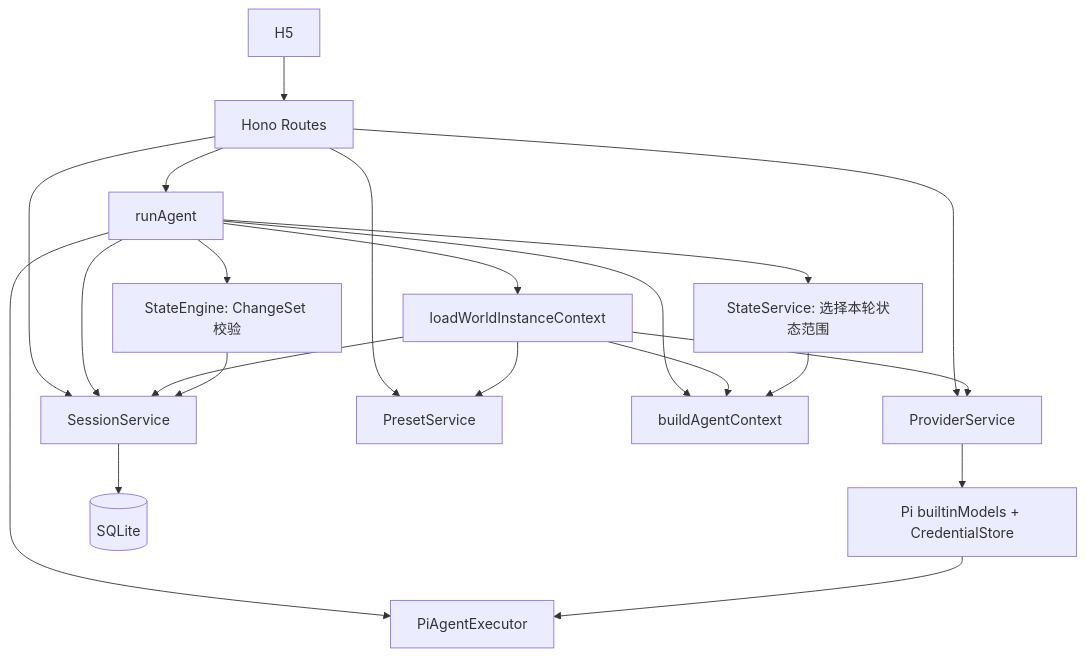
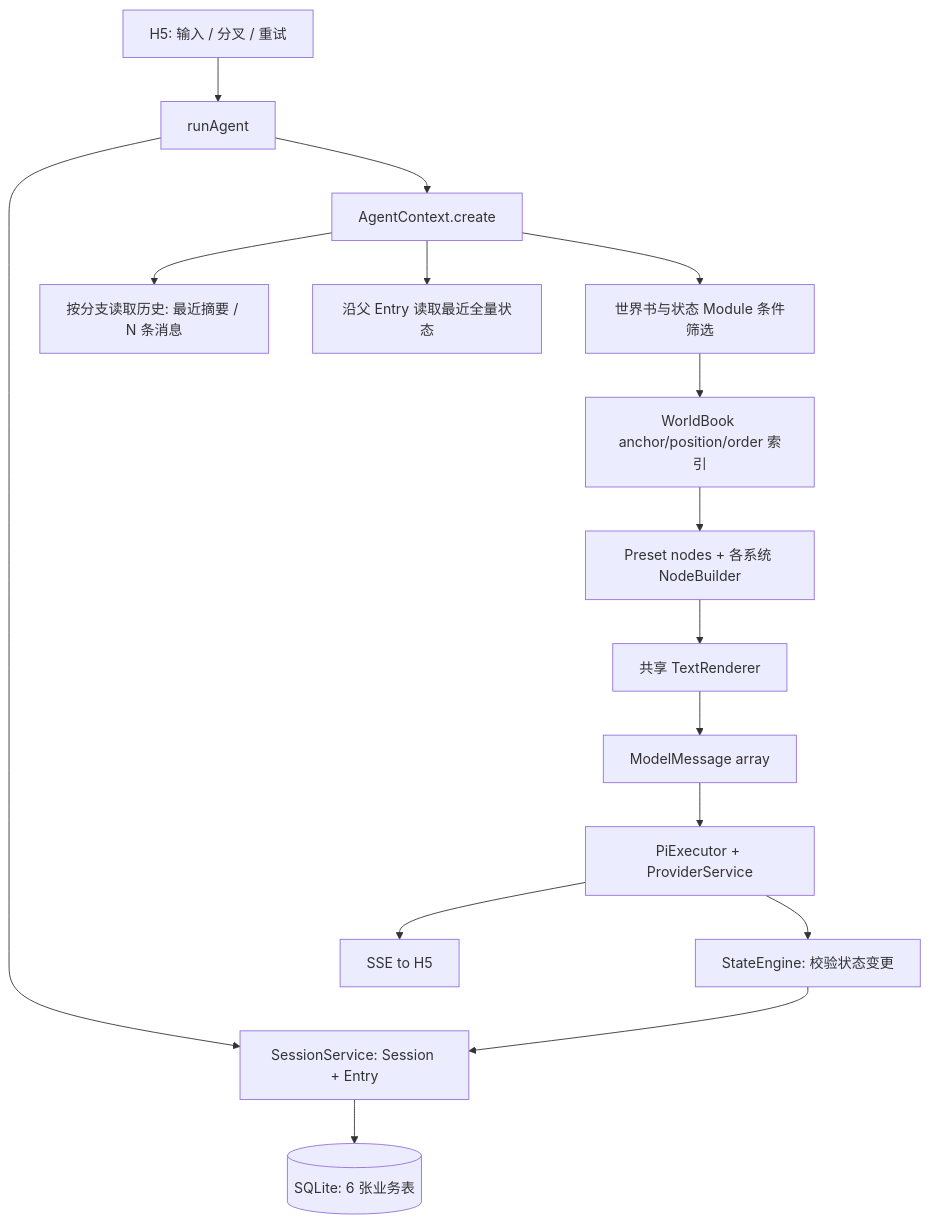
Before and after one commit to huiru-wang/SillyRealms: the diagram in docs/technical/architecture.md, drawn with Mermaid. The commit also changed other lines of this file and 14 other files, not shown here.

Commit message:
docs: 收敛单 AgentContext 与六表 Entry 架构

```diff
--- a/docs/technical/architecture.md
+++ b/docs/technical/architecture.md
@@ -51,23 +64,18 @@
 ~~~mermaid
 flowchart TD
-  UI[H5] --> Routes[Hono Routes]
-  Routes --> Session[SessionService]
-  Routes --> Provider[ProviderService]
-  Routes --> Preset[PresetService]
-  Routes --> Runtime[runAgent]
-  Runtime --> Session
-  Runtime --> Meta[loadWorldInstanceContext]
-  Meta --> Session
-  Meta --> Preset
-  Meta --> Provider
-  Runtime --> Scope[StateService: 选择本轮状态范围]
-  Runtime --> Context[buildAgentContext]
-  Meta --> Context
-  Scope --> Context
-  Runtime --> Executor[PiAgentExecutor]
-  Provider --> PiModels[Pi builtinModels + CredentialStore]
-  PiModels --> Executor
-  Runtime --> State[StateEngine: ChangeSet 校验]
-  State --> Session
-  Session --> SQLite[(SQLite)]
+ UI[H5: 输入 / 分叉 / 重试] --> Runtime[runAgent]
+ Runtime --> Session[SessionService: Session + Entry]
+ Session --> DB[(SQLite: 6 张业务表)]
+ Runtime --> Context[AgentContext.create]
+ Context --> H[按分支读取历史: 最近摘要 / N 条消息]
+ Context --> S[沿父 Entry 读取最近全量状态]
+ Context --> L[世界书与状态 Module 条件筛选]
+ L --> I[WorldBook anchor/position/order 索引]
+ I --> N[Preset nodes + 各系统 NodeBuilder]
+ N --> Render[共享 TextRenderer]
+ Render --> Messages[ModelMessage array]
+ Messages --> Pi[PiExecutor + ProviderService]
+ Pi --> SSE[SSE to H5]
+ Pi --> State[StateEngine: 校验状态变更]
+ State --> Session
 ~~~
```
